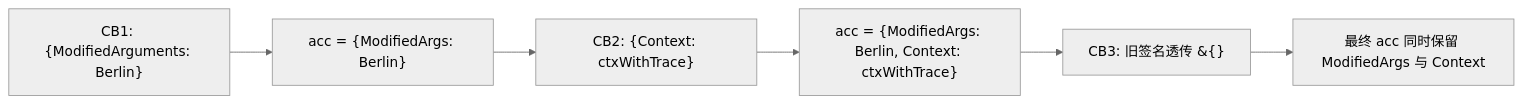
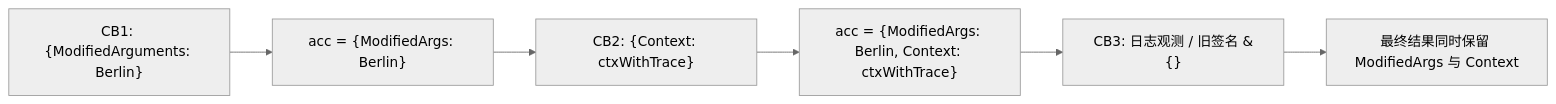
One commit to trpc-group/trpc-agent-go changed the second of 2 diagrams in docs/mkdocs/zh/callbacks.md. Above: the diagram before and after it, drawn with Mermaid (neutral theme). The commit also changed other lines of this file and 1 other file, not shown here.

````diff
--- a/docs/mkdocs/zh/callbacks.md
+++ b/docs/mkdocs/zh/callbacks.md
@@ -85,8 +83,8 @@
 ```mermaid
 flowchart LR
     CB1["CB1: {ModifiedArguments: Berlin}"] --> A1["acc = {ModifiedArgs: Berlin}"]
     A1 --> CB2["CB2: {Context: ctxWithTrace}"]
     CB2 --> A2["acc = {ModifiedArgs: Berlin, Context: ctxWithTrace}"]
-    A2 --> CB3["CB3: 旧签名透传 &{}"]
-    CB3 --> A3["最终 acc 同时保留 ModifiedArgs 与 Context"]
+    A2 --> CB3["CB3: 日志观测 / 旧签名 &{}"]
+    CB3 --> A3["最终结果同时保留 ModifiedArgs 与 Context"]
 ```
````
